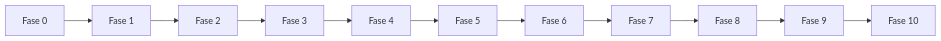
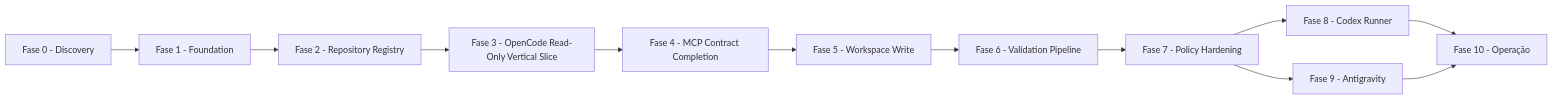
The diagram in docs/planning/dependency-map.md (vitorvaf/odysseus-coding-agent-bridge), drawn with Mermaid before and after one commit. The commit also changed other lines of this file and 26 other files, not shown here.

````diff
--- a/docs/planning/dependency-map.md
+++ b/docs/planning/dependency-map.md
@@ -9,13 +9,14 @@
 ```mermaid
 flowchart LR
-    P0[Fase 0] --> P1[Fase 1]
-    P1 --> P2[Fase 2]
-    P2 --> P3[Fase 3]
-    P3 --> P4[Fase 4]
-    P4 --> P5[Fase 5]
-    P5 --> P6[Fase 6]
-    P6 --> P7[Fase 7]
-    P7 --> P8[Fase 8]
-    P8 --> P9[Fase 9]
-    P9 --> P10[Fase 10]
+    D0[Fase 0 - Discovery] --> P1[Fase 1 - Foundation]
+    P1 --> P2[Fase 2 - Repository Registry]
+    P2 --> P3[Fase 3 - OpenCode Read-Only Vertical Slice]
+    P3 --> P4[Fase 4 - MCP Contract Completion]
+    P4 --> P5[Fase 5 - Workspace Write]
+    P5 --> P6[Fase 6 - Validation Pipeline]
+    P6 --> P7[Fase 7 - Policy Hardening]
+    P7 --> P8[Fase 8 - Codex Runner]
+    P7 --> P9[Fase 9 - Antigravity]
+    P8 --> P10[Fase 10 - Operação]
+    P9 --> P10
 ```
````
